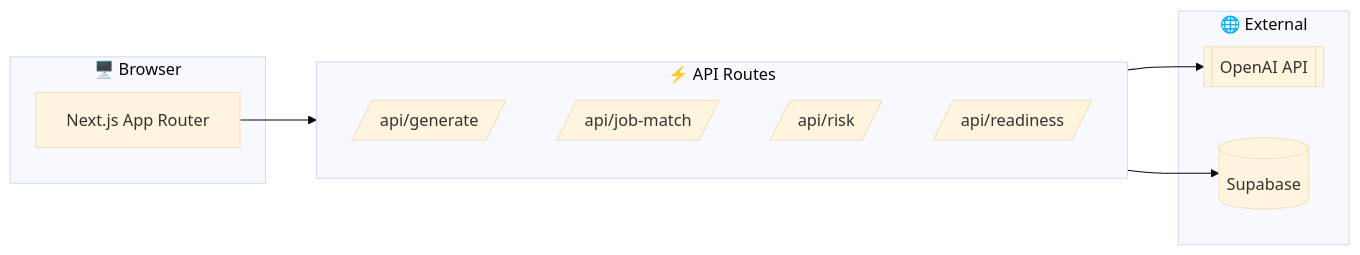
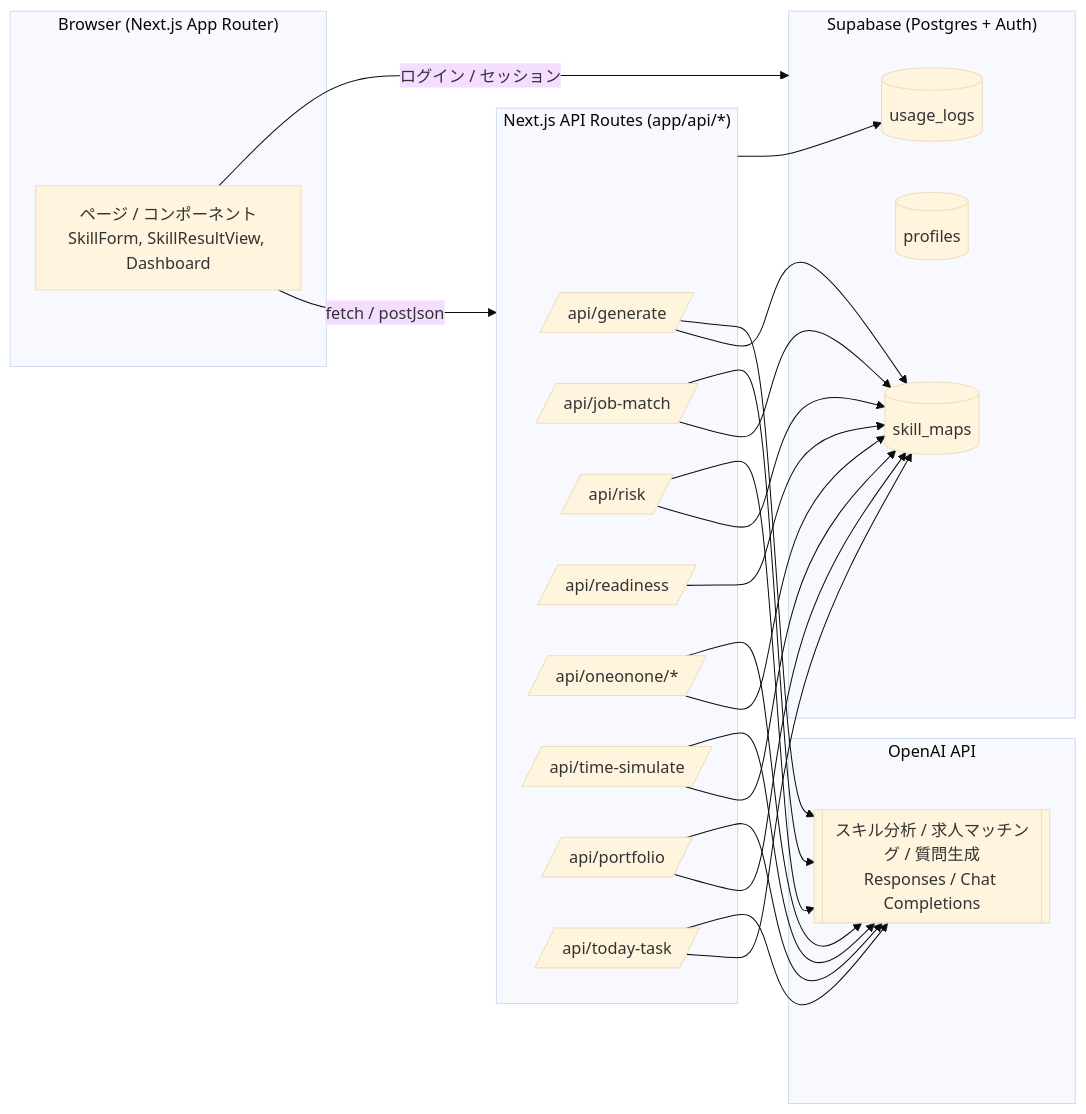
Before and after one commit to AyumuKobayashiproducts/ai-skill-map-generator: the first of 2 diagrams in README.md, drawn with Mermaid (base theme). The commit also changed other lines of this file and 86 other files, not shown here.

````diff
--- a/README.md
+++ b/README.md
@@ -131,22 +282,48 @@
 ```mermaid
 flowchart LR
-  subgraph Client["🖥️ Browser"]
-    UI[Next.js App Router]
+  subgraph Client["Browser (Next.js App Router)"]
+    UI[ページ / コンポーネント<br/>SkillForm, SkillResultView, Dashboard]
   end
 
-  subgraph API["⚡ API Routes"]
+  subgraph NextAPI["Next.js API Routes (app/api/*)"]
     GEN[/api/generate/]
     MATCH[/api/job-match/]
     RISK[/api/risk/]
     READY[/api/readiness/]
+    ONEONONE[/api/oneonone/*/]
+    TIME[/api/time-simulate/]
+    PORTFOLIO[/api/portfolio/]
+    TODAY[/api/today-task/]
   end
 
-  subgraph External["🌐 External"]
-    OpenAI[[OpenAI API]]
-    Supabase[(Supabase)]
+  subgraph Supabase["Supabase (Postgres + Auth)"]
+    DB_SKILL[(skill_maps)]
+    DB_PROF[(profiles)]
+    DB_USAGE[(usage_logs)]
   end
 
-  UI --> API
-  API --> OpenAI
-  API --> Supabase
+  subgraph OpenAI["OpenAI API"]
+    MODEL[[スキル分析 / 求人マッチング / 質問生成<br/>Responses / Chat Completions]]
+  end
+
+  UI -->|fetch / postJson| NextAPI
+  GEN --> DB_SKILL
+  READY --> DB_SKILL
+  MATCH --> DB_SKILL
+  RISK --> DB_SKILL
+  ONEONONE --> DB_SKILL
+  TIME --> DB_SKILL
+  PORTFOLIO --> DB_SKILL
+  TODAY --> DB_SKILL
+
+  GEN --> MODEL
+  MATCH --> MODEL
+  RISK --> MODEL
+  ONEONONE --> MODEL
+  TIME --> MODEL
+  PORTFOLIO --> MODEL
+  TODAY --> MODEL
+
+  UI -->|ログイン / セッション| Supabase
+  NextAPI --> DB_USAGE
 ```
````
